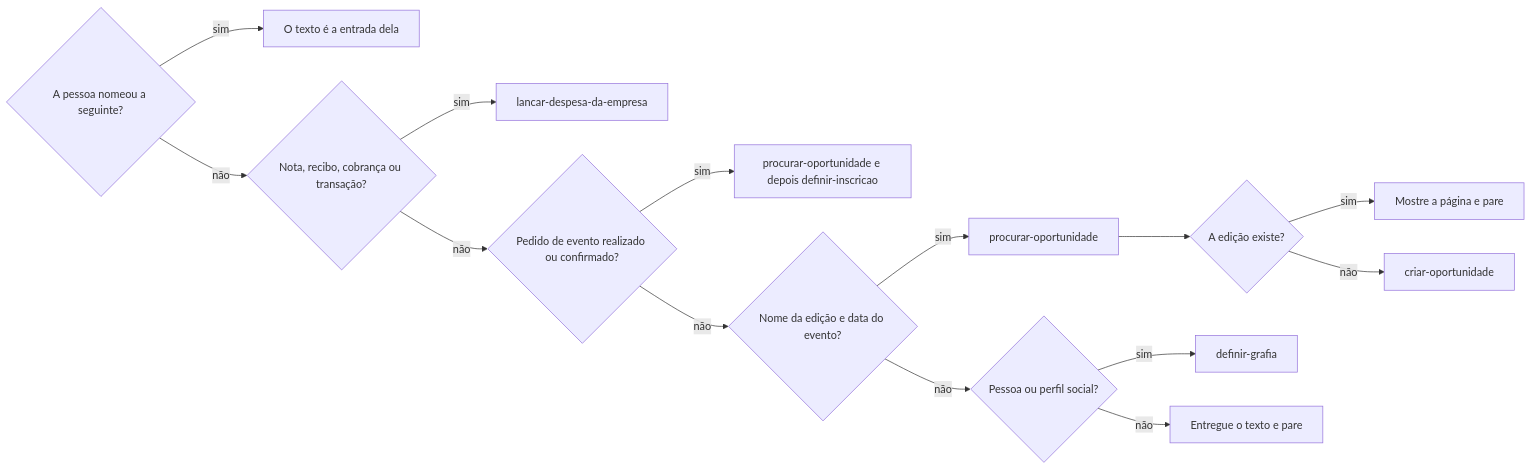
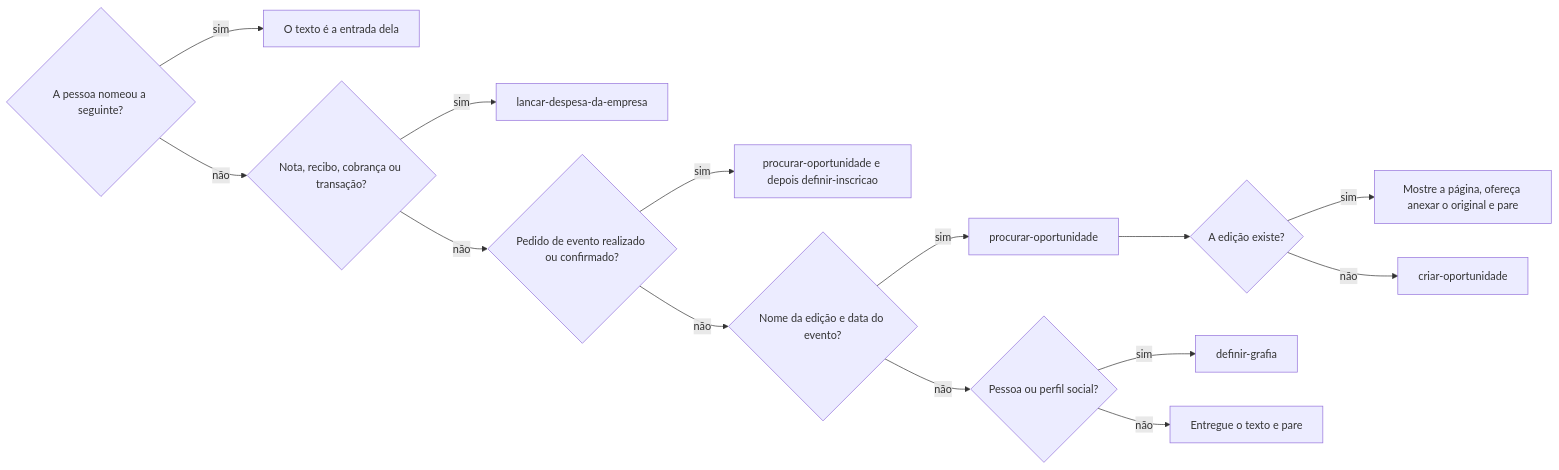
One commit to jimmyandrade/harness changed the first of 2 diagrams in .agents/skills/reconhecer-imagem/SKILL.md. Above: the diagram before and after it, drawn with Mermaid. The commit also changed other lines of this file and 5 other files, not shown here.

````diff
--- a/.agents/skills/reconhecer-imagem/SKILL.md
+++ b/.agents/skills/reconhecer-imagem/SKILL.md
@@ -49,16 +49,16 @@
 ```mermaid
 flowchart LR
   A{A pessoa nomeou a seguinte?} -->|sim| B[O texto é a entrada dela]
   A -->|não| M{Nota, recibo, cobrança ou transação?}
   M -->|sim| N[lancar-despesa-da-empresa]
   M -->|não| C{Pedido de evento realizado ou confirmado?}
   C -->|sim| D[procurar-oportunidade e depois definir-inscricao]
   C -->|não| E{Nome da edição e data do evento?}
   E -->|sim| F[procurar-oportunidade]
   F --> J{A edição existe?}
-  J -->|sim| K[Mostre a página e pare]
+  J -->|sim| K[Mostre a página, ofereça anexar o original e pare]
   J -->|não| L[criar-oportunidade]
   E -->|não| H{Pessoa ou perfil social?}
   H -->|sim| I[definir-grafia]
   H -->|não| G[Entregue o texto e pare]
 ```
````
